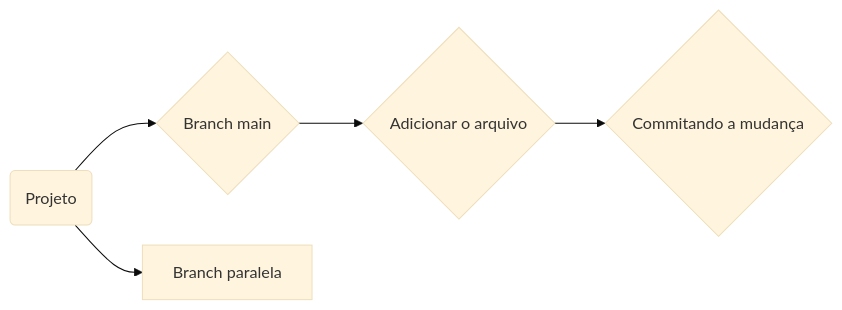
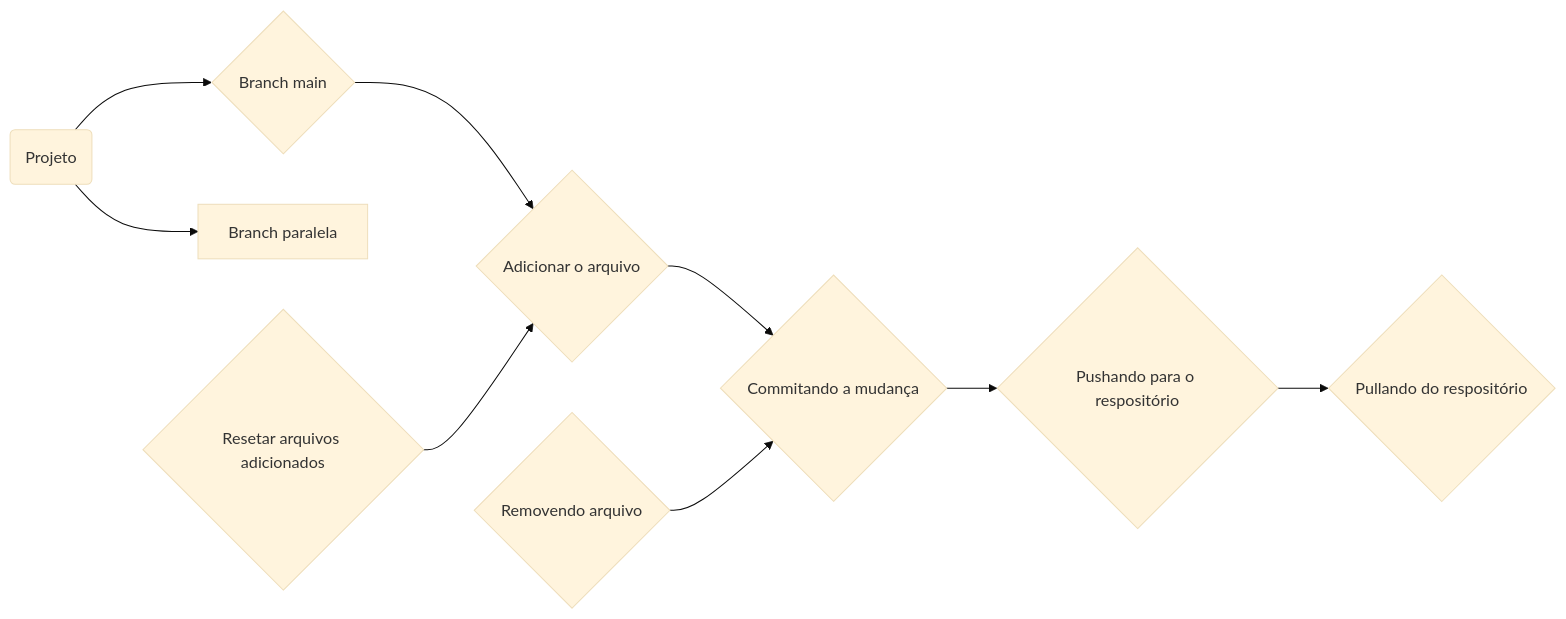
The diagram in README.qmd (Edbbioeco/conectar_github_rstudio), drawn with Mermaid (base theme) before and after one commit.

Commit message:
Quarto do README

````diff
--- a/README.qmd
+++ b/README.qmd
@@ -19,7 +19,11 @@
 ```{mermaid}
 flowchart LR
   A(Projeto) --> B{Branch main} 
   A --> C[Branch paralela]
   B --> D{Adicionar o arquivo}
   D --> E{Commitando a mudança}
+  E --> F{Pushando para o respositório}
+  F --> G{Pullando do respositório}
+  H{Removendo arquivo} --> E
+  I{Resetar arquivos adicionados} --> D
 ```
````
